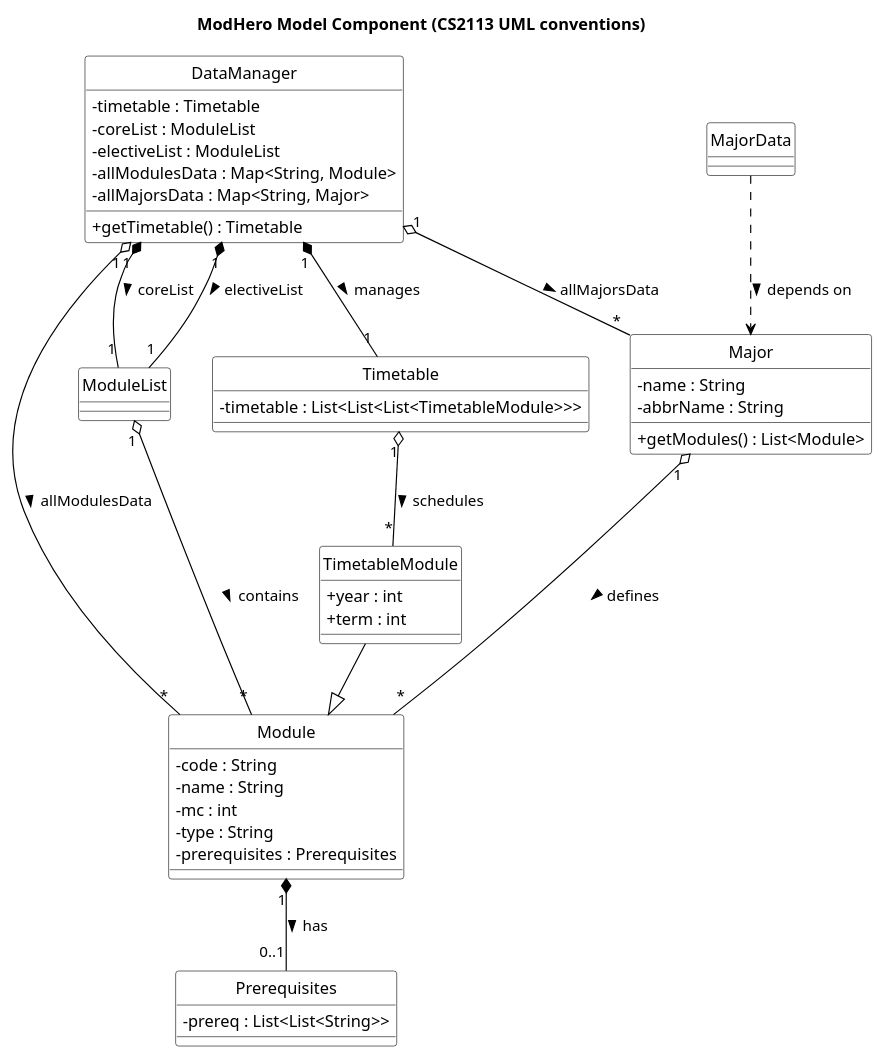
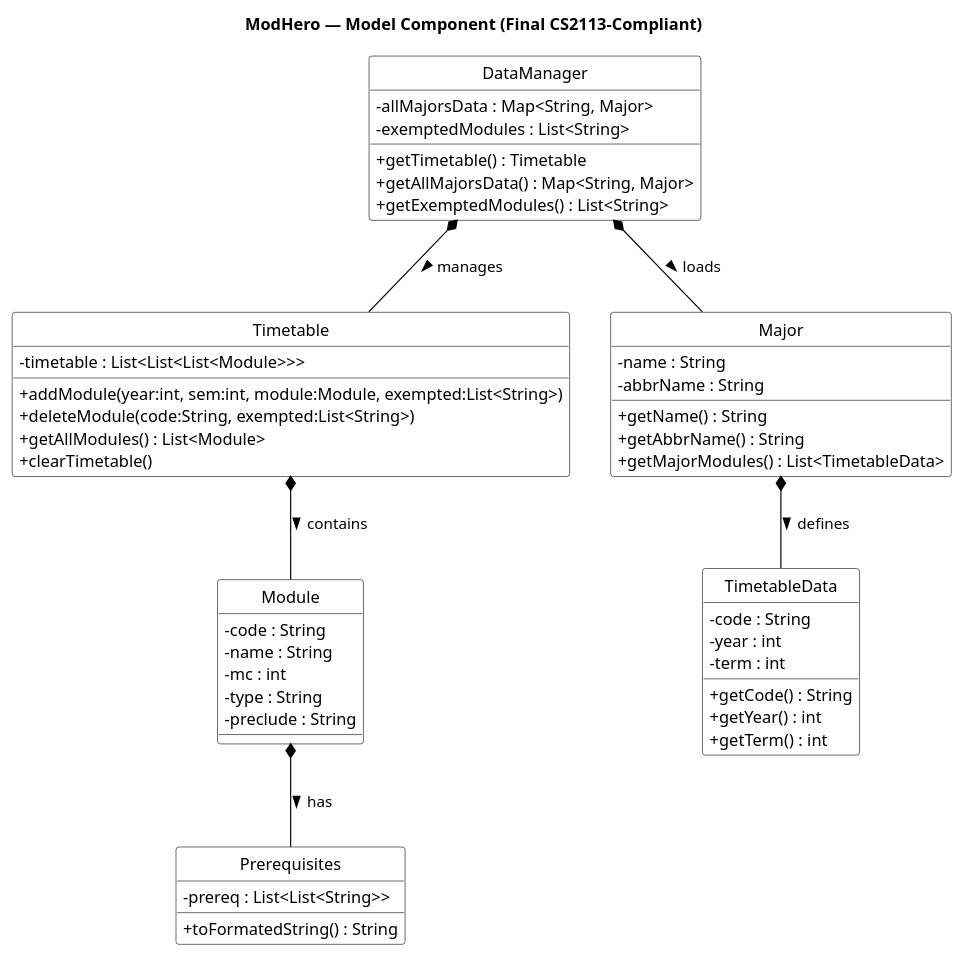
The diagram in docs/diagrams/ModelClassDiagram.puml (mendax1234/tp), drawn with PlantUML before and after one commit.

Commit message:
Updated ModelClassDiagram UML Code

```diff
--- a/docs/diagrams/ModelClassDiagram.puml
+++ b/docs/diagrams/ModelClassDiagram.puml
@@ -1,72 +1,67 @@
 @startuml
-title ModHero Model Component (CS2113 UML conventions)
+title ModHero — Model Component (Final CS2113-Compliant)
 
-' ======== CS2113 STYLE SETTINGS ========
 hide circle
 hide stereotypes
 skinparam monochrome true
 skinparam shadowing false
 skinparam classFontSize 14
 skinparam classAttributeIconSize 0
 skinparam ArrowColor black
 skinparam ClassBorderColor black
 skinparam ClassBackgroundColor white
 
-' ======== CLASSES ========
-
+' ===== CLASSES =====
 class DataManager {
-  - timetable : Timetable
-  - coreList : ModuleList
-  - electiveList : ModuleList
-  - allModulesData : Map<String, Module>
   - allMajorsData : Map<String, Major>
+  - exemptedModules : List<String>
   + getTimetable() : Timetable
+  + getAllMajorsData() : Map<String, Major>
+  + getExemptedModules() : List<String>
 }
 
-class Major {
-  - name : String
-  - abbrName : String
-  + getModules() : List<Module>
+class Timetable {
+  - timetable : List<List<List<Module>>>
+  + addModule(year:int, sem:int, module:Module, exempted:List<String>)
+  + deleteModule(code:String, exempted:List<String>)
+  + getAllModules() : List<Module>
+  + clearTimetable()
 }
-
-class MajorData
 
 class Module {
   - code : String
   - name : String
   - mc : int
   - type : String
-  - prerequisites : Prerequisites
+  - preclude : String
 }
-
-class TimetableModule {
-  + year : int
-  + term : int
-}
-
-class ModuleList
 
 class Prerequisites {
   - prereq : List<List<String>>
+  + toFormatedString() : String
 }
 
-class Timetable {
-  - timetable : List<List<List<TimetableModule>>>
+class Major {
+  - name : String
+  - abbrName : String
+  + getName() : String
+  + getAbbrName() : String
+  + getMajorModules() : List<TimetableData>
 }
 
-' ======== RELATIONSHIPS ========
+class TimetableData {
+  - code : String
+  - year : int
+  - term : int
+  + getCode() : String
+  + getYear() : int
+  + getTerm() : int
+}
 
-DataManager "1" *-- "1" Timetable : manages >
-DataManager "1" *-- "1" ModuleList : coreList >
-DataManager "1" *-- "1" ModuleList : electiveList >
-DataManager "1" o-- "*" Module : allModulesData >
-DataManager "1" o-- "*" Major : allMajorsData >
-
-Major "1" o-- "*" Module : defines >
-ModuleList "1" o-- "*" Module : contains >
-Module "1" *-- "0..1" Prerequisites : has >
-Timetable "1" o-- "*" TimetableModule : schedules >
-MajorData ..> Major : depends on >
-
-TimetableModule --|> Module
+' ===== RELATIONSHIPS =====
+DataManager *-- Timetable : manages >
+DataManager *-- Major : loads >
+Timetable *-- Module : contains >
+Module *-- Prerequisites : has >
+Major *-- TimetableData : defines >
 @enduml
```
